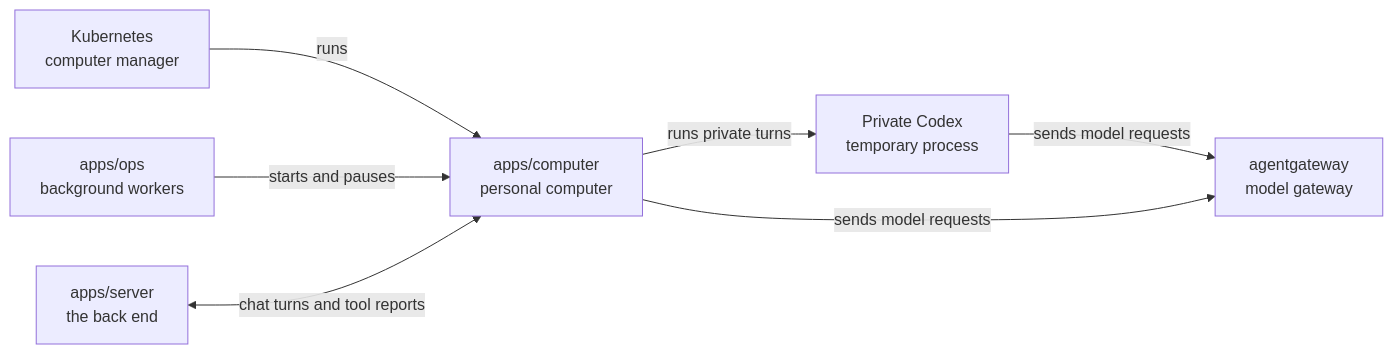
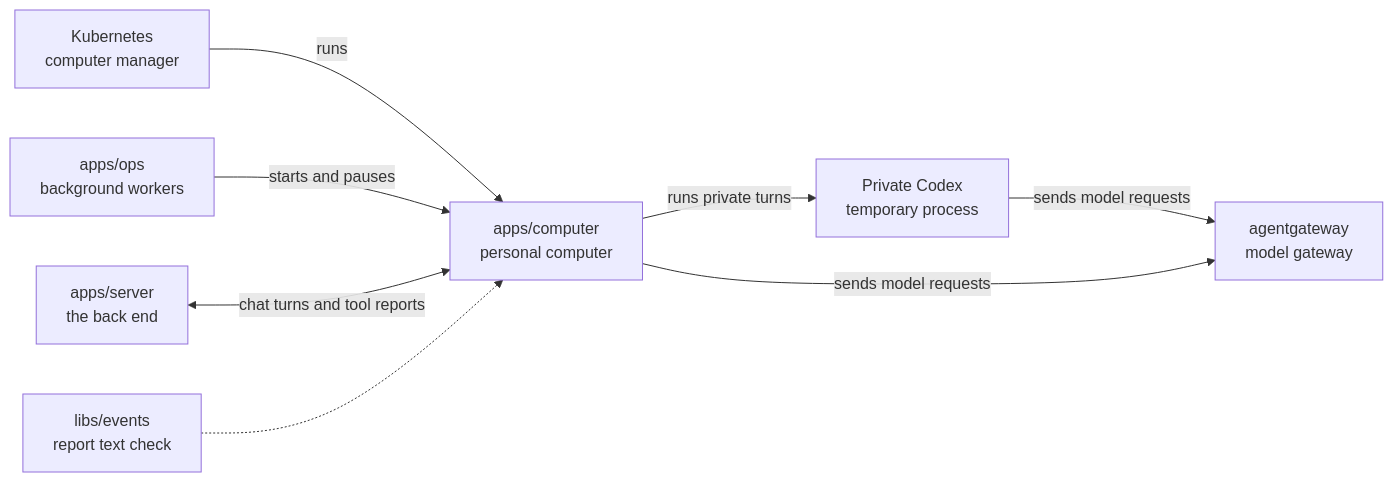
One commit to elewa-git/opencrane-new changed the diagram in apps/computer/README.md. Above: the diagram before and after it, drawn with Mermaid. The commit also changed other lines of this file and 29 other files, not shown here.

````diff
--- a/apps/computer/README.md
+++ b/apps/computer/README.md
@@ -15,9 +15,10 @@
 ```mermaid
 flowchart LR
   kube["Kubernetes<br/>computer manager"] -->|runs| computer["apps/computer<br/>personal computer"]
   ops["apps/ops<br/>background workers"] -->|starts and pauses| computer
   server["apps/server<br/>the back end"] <-->|chat turns and tool reports| computer
+  events["libs/events<br/>report text check"] -.-> computer
   computer -->|runs private turns| private["Private Codex<br/>temporary process"]
   private -->|sends model requests| gateway
   computer -->|sends model requests| gateway["agentgateway<br/>model gateway"]
 ```
````
